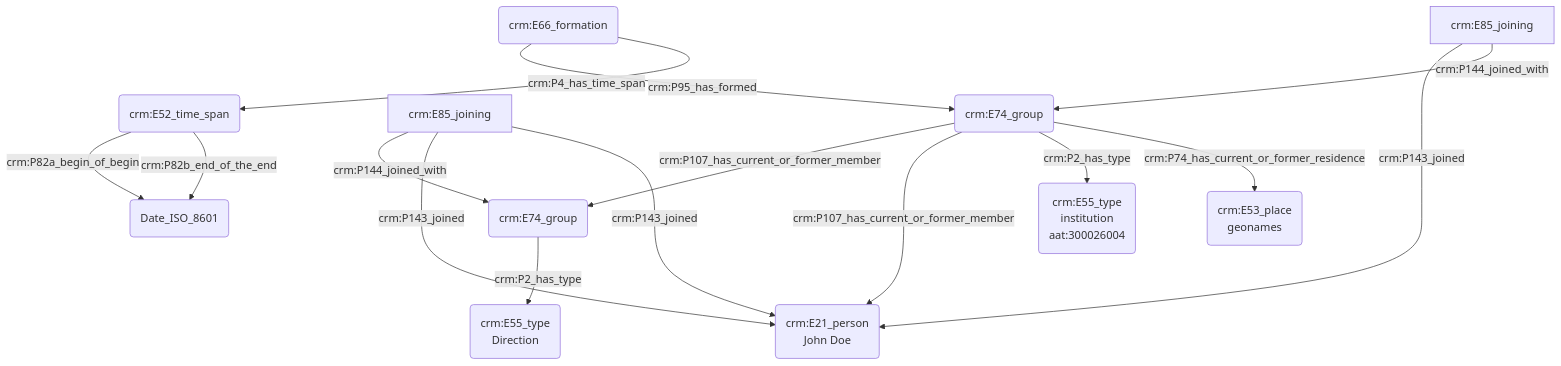
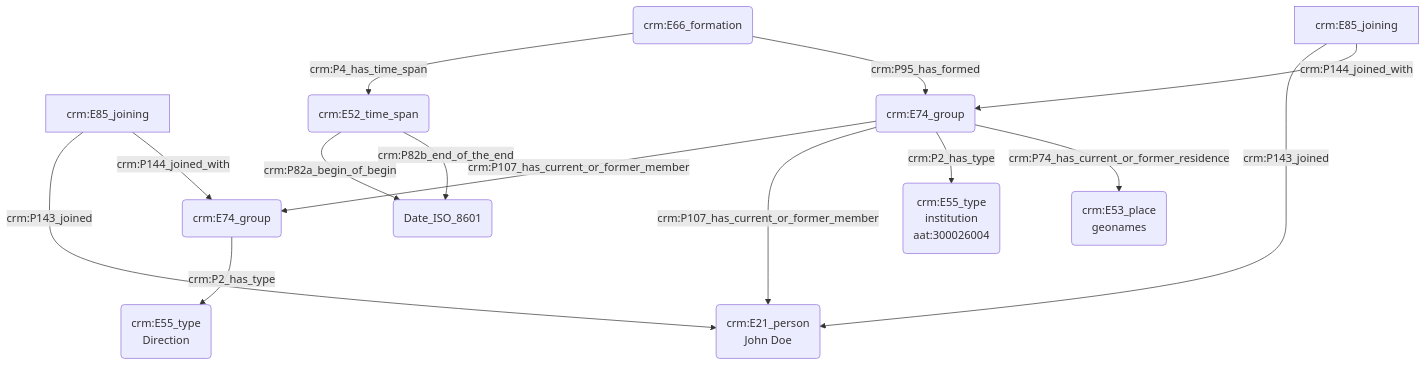
Before and after one commit to Amleth/consortium-musica2-gt2-ontologies: the diagram in modules/livrables/Dossier 2/Prosopographie/statut ou rôle au sein d'une institution.md, drawn with Mermaid.

Commit message:
Update statut ou rôle au sein d'une institution.md

````diff
--- a/modules/livrables/Dossier 2/Prosopographie/statut ou rôle au sein d'une institution.md
+++ b/modules/livrables/Dossier 2/Prosopographie/statut ou rôle au sein d'une institution.md
@@ -11,25 +11,26 @@
 ```mermaid
 graph TD;
 
+U[crm:E85_joining] -->|crm:P143_joined| K(crm:E21_person<br>John Doe)
+U[crm:E85_joining] --> |crm:P144_joined_with| S(crm:E74_group)
+M(crm:E74_group) --> |crm:P107_has_current_or_former_member| S(crm:E74_group)
+S(crm:E74_group) --> |crm:P2_has_type| T(crm:E55_type<br>Direction)
 
 
-M(crm:E74_group) --> |crm:P107_has_current_or_former_member| S(crm:E74_group)
-S(crm:E74_group) --> |crm:P2_has_type| T(crm:E55_type<br>Direction)
-U[crm:E85_joining] --> |crm:P144_joined_with| S(crm:E74_group)
 
-U[crm:E85_joining] --->|crm:P143_joined| K(crm:E21_person<br>John Doe)
 L[crm:E85_joining] --->|crm:P143_joined| K(crm:E21_person<br>John Doe)
-U[crm:E85_joining] --->|crm:P143_joined| K(crm:E21_person<br>John Doe)
+
 M(crm:E74_group) ---> |crm:P107_has_current_or_former_member| K(crm:E21_person<br>John Doe)
 L[crm:E85_joining] --> |crm:P144_joined_with| M(crm:E74_group)
 
+
 M(crm:E74_group) -->|crm:P2_has_type| N(crm:E55_type<br>institution<br>aat:300026004)
 M(crm:E74_group) -->|crm:P74_has_current_or_former_residence| O(crm:E53_place<br>geonames)
+P(crm:E66_formation) -->|crm:P4_has_time_span| Q(crm:E52_time_span)
 P(crm:E66_formation)  -->|crm:P95_has_formed| M(crm:E74_group)
-P(crm:E66_formation) -->|crm:P4_has_time_span| Q(crm:E52_time_span)
 Q(crm:E52_time_span) -->|crm:P82a_begin_of_begin| R(Date_ISO_8601)
 Q(crm:E52_time_span) -->|crm:P82b_end_of_the_end| R(Date_ISO_8601)
 
 
 
 ```
````
